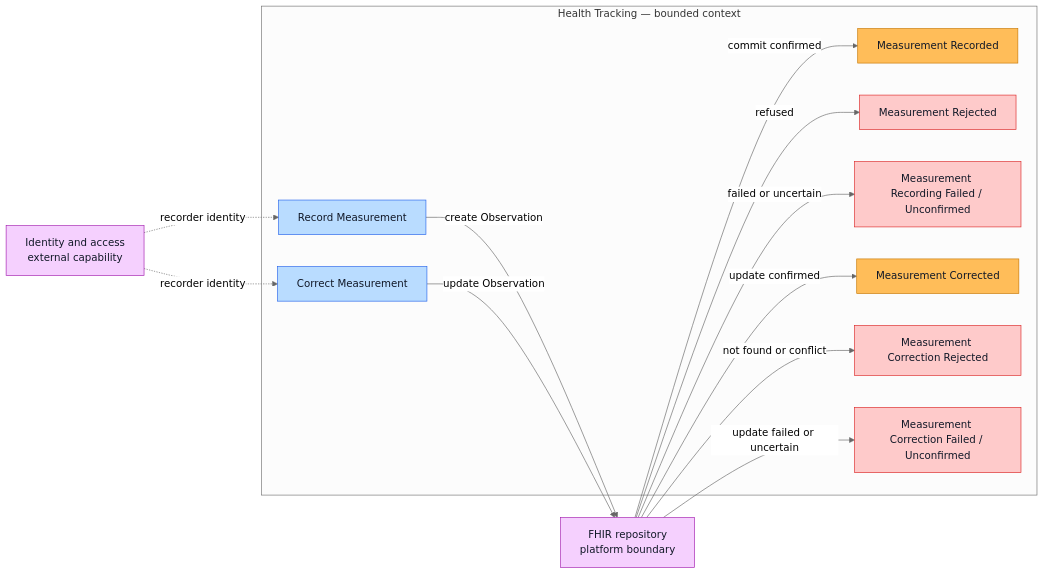
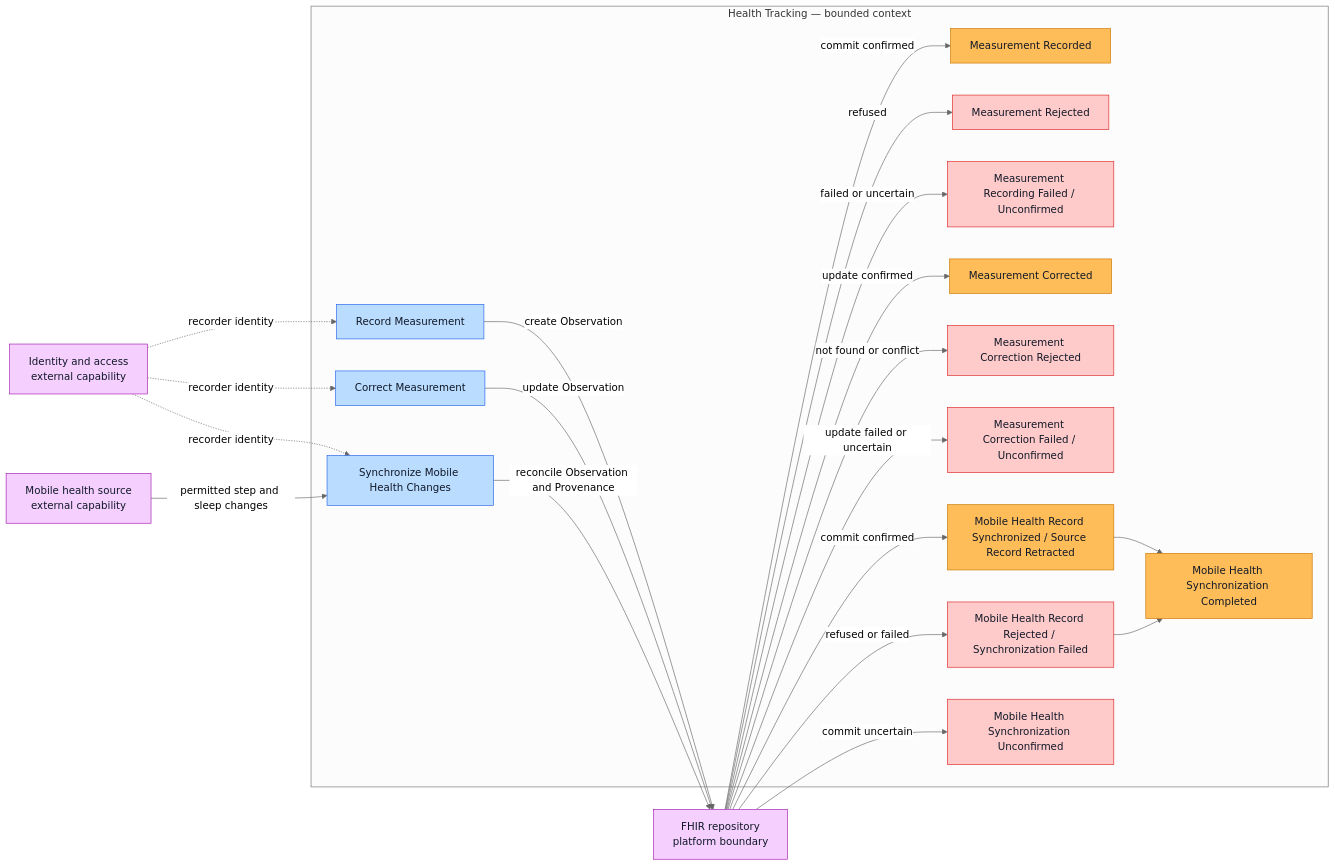
One commit to ragavsathish/medplum changed the fourth of 4 diagrams in examples/medplum-health-tracking/src/contexts/health-tracking/EVENT_STORMING.md. Above: the diagram before and after it, drawn with Mermaid (neutral theme). The commit also changed other lines of this file and 2 other files, not shown here.

Commit message:
docs: align health tracking design context

````diff
--- a/examples/medplum-health-tracking/src/contexts/health-tracking/EVENT_STORMING.md
+++ b/examples/medplum-health-tracking/src/contexts/health-tracking/EVENT_STORMING.md
@@ -88,40 +132,56 @@
 ```mermaid
 flowchart LR
     Identity["Identity and access<br/>external capability"]
 
     subgraph HT["Health Tracking — bounded context"]
         Record["Record Measurement"]
         Recorded["Measurement Recorded"]
         RecordRejected["Measurement Rejected"]
         RecordFailed["Measurement Recording Failed / Unconfirmed"]
 
         Correct["Correct Measurement"]
         Corrected["Measurement Corrected"]
         CorrectionRejected["Measurement Correction Rejected"]
         CorrectionFailed["Measurement Correction Failed / Unconfirmed"]
+
+        Sync["Synchronize Mobile Health Changes"]
+        Synchronized["Mobile Health Record Synchronized / Source Record Retracted"]
+        SyncFailed["Mobile Health Record Rejected / Synchronization Failed"]
+        SyncUnknown["Mobile Health Synchronization Unconfirmed"]
+        SyncCompleted["Mobile Health Synchronization Completed"]
     end
 
+    MobileSource["Mobile health source<br/>external capability"]
     Repository["FHIR repository<br/>platform boundary"]
 
     Identity -. "recorder identity" .-> Record
     Identity -. "recorder identity" .-> Correct
+    Identity -. "recorder identity" .-> Sync
+    MobileSource -->|permitted step and sleep changes| Sync
 
     Record -->|create Observation| Repository
     Repository -->|commit confirmed| Recorded
     Repository -->|refused| RecordRejected
     Repository -->|failed or uncertain| RecordFailed
 
     Correct -->|update Observation| Repository
     Repository -->|update confirmed| Corrected
     Repository -->|not found or conflict| CorrectionRejected
     Repository -->|update failed or uncertain| CorrectionFailed
 
+    Sync -->|reconcile Observation and Provenance| Repository
+    Repository -->|commit confirmed| Synchronized
+    Repository -->|refused or failed| SyncFailed
+    Repository -->|commit uncertain| SyncUnknown
+    Synchronized --> SyncCompleted
+    SyncFailed --> SyncCompleted
+
     classDef command fill:#b9dcff,stroke:#2563eb,color:#111827
     classDef event fill:#ffbd59,stroke:#c77700,color:#111827
     classDef failure fill:#fecaca,stroke:#dc2626,color:#111827
     classDef external fill:#f5d0fe,stroke:#a21caf,color:#111827
-    class Record,Correct command
-    class Recorded,Corrected event
-    class RecordRejected,RecordFailed,CorrectionRejected,CorrectionFailed failure
-    class Identity,Repository external
+    class Record,Correct,Sync command
+    class Recorded,Corrected,Synchronized,SyncCompleted event
+    class RecordRejected,RecordFailed,CorrectionRejected,CorrectionFailed,SyncFailed,SyncUnknown failure
+    class Identity,MobileSource,Repository external
 ```
````
